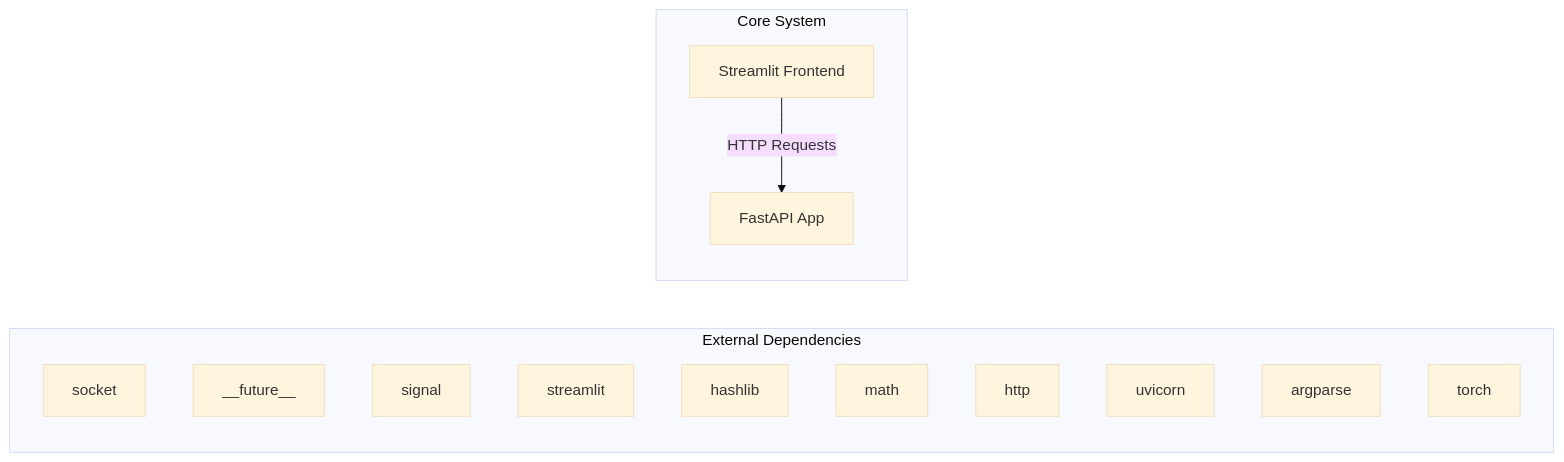
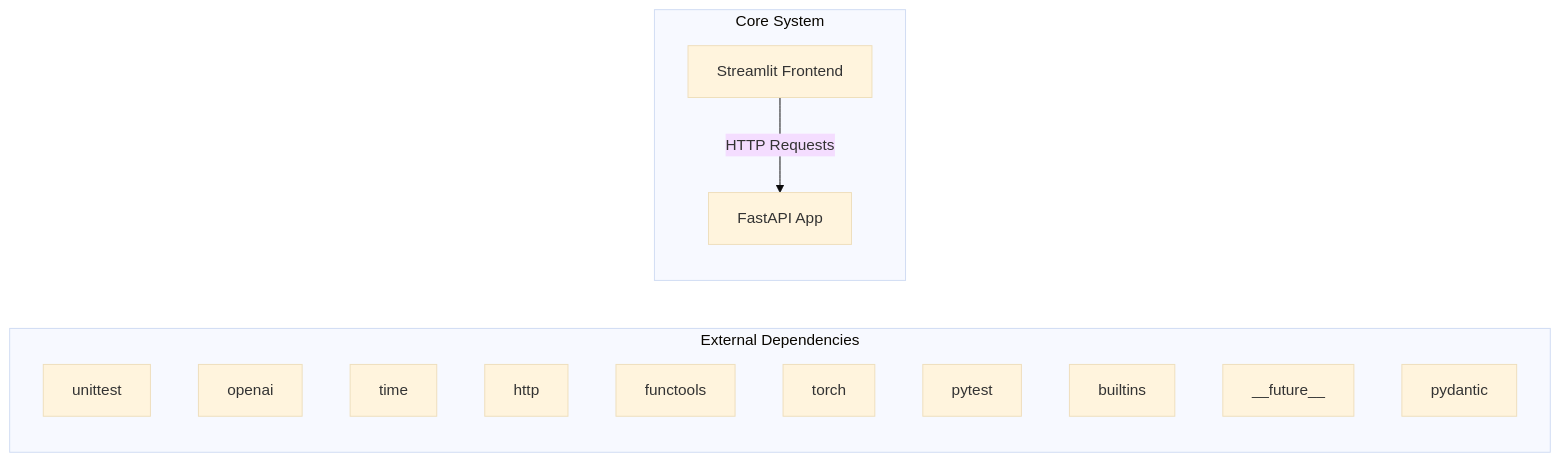
The first of 2 diagrams in docs/architecture.md (NITISH-R-G/rag-context-optimizer), drawn with Mermaid (base theme) before and after one commit. The commit also changed 1 other file, not shown here.

Commit message:
docs: auto-update repository knowledge, architecture diagrams, and documentation

````diff
--- a/docs/architecture.md
+++ b/docs/architecture.md
@@ -7,20 +7,20 @@
 ```mermaid
 graph LR
     subgraph External Dependencies
-        E0["socket"]
-        E1["__future__"]
-        E2["signal"]
-        E3["streamlit"]
-        E4["hashlib"]
-        E5["math"]
-        E6["http"]
-        E7["uvicorn"]
-        E8["argparse"]
-        E9["torch"]
+        E0["unittest"]
+        E1["openai"]
+        E2["time"]
+        E3["http"]
+        E4["functools"]
+        E5["torch"]
+        E6["pytest"]
+        E7["builtins"]
+        E8["__future__"]
+        E9["pydantic"]
     end
     subgraph Core System
         API["FastAPI App"]
         UI["Streamlit Frontend"]
     end
     UI -->|HTTP Requests| API
 ```
````
